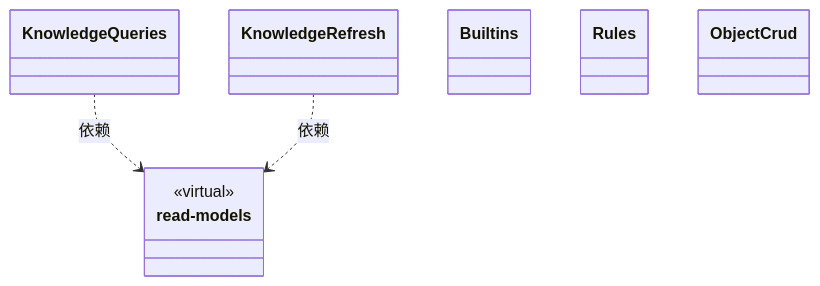
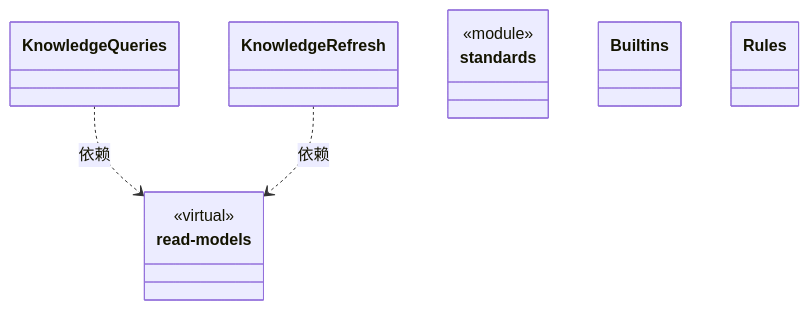
The first of 2 diagrams in src/logic/knowledge/rules/ARCHITECTURE.md (nan023062/cbim), drawn with Mermaid before and after one commit. The commit also changed other lines of this file and 212 other files, not shown here.

````diff
--- a/src/logic/knowledge/rules/ARCHITECTURE.md
+++ b/src/logic/knowledge/rules/ARCHITECTURE.md
@@ -30,19 +31,21 @@
 ```mermaid
 classDiagram
 class N_00e65f54da3f["read-models"] {
   <<virtual>>
 }
 click N_00e65f54da3f href "read-models/ARCHITECTURE.md"
 class N_e26a65304778["KnowledgeQueries"]
 click N_e26a65304778 href "knowledge-queries.ts"
 class N_8f8fc54f0952["KnowledgeRefresh"]
 click N_8f8fc54f0952 href "knowledge-refresh.ts"
+class N_91f013e046fb["standards"] {
+  <<module>>
+}
+click N_91f013e046fb href "standards.ts"
 class N_aa6b02a9f836["Builtins"]
 click N_aa6b02a9f836 href "builtins.ts"
 class N_fbad4322fecc["Rules"]
 click N_fbad4322fecc href "knowledge.ts"
-class N_c0cc3923403e["ObjectCrud"]
-click N_c0cc3923403e href "object-crud.ts"
 N_e26a65304778 ..> N_00e65f54da3f : 依赖
 N_8f8fc54f0952 ..> N_00e65f54da3f : 依赖
 ```
````
